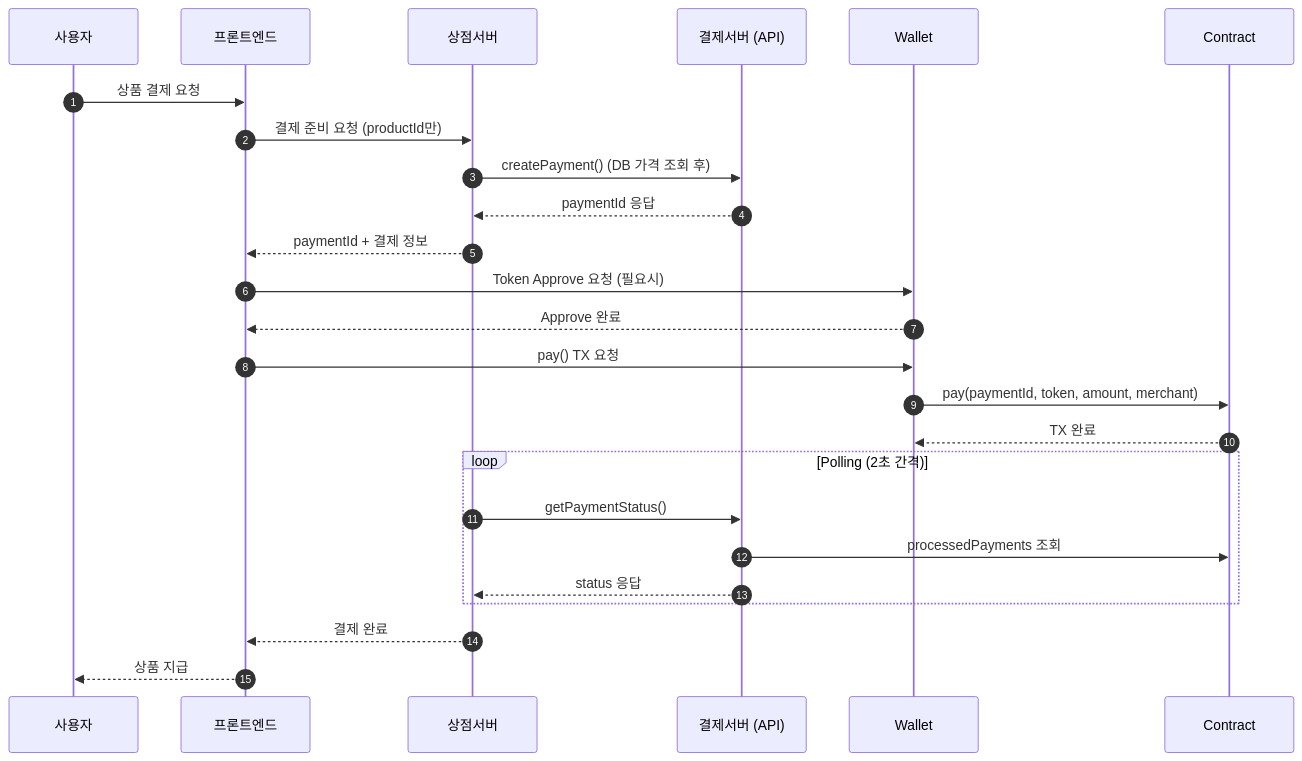
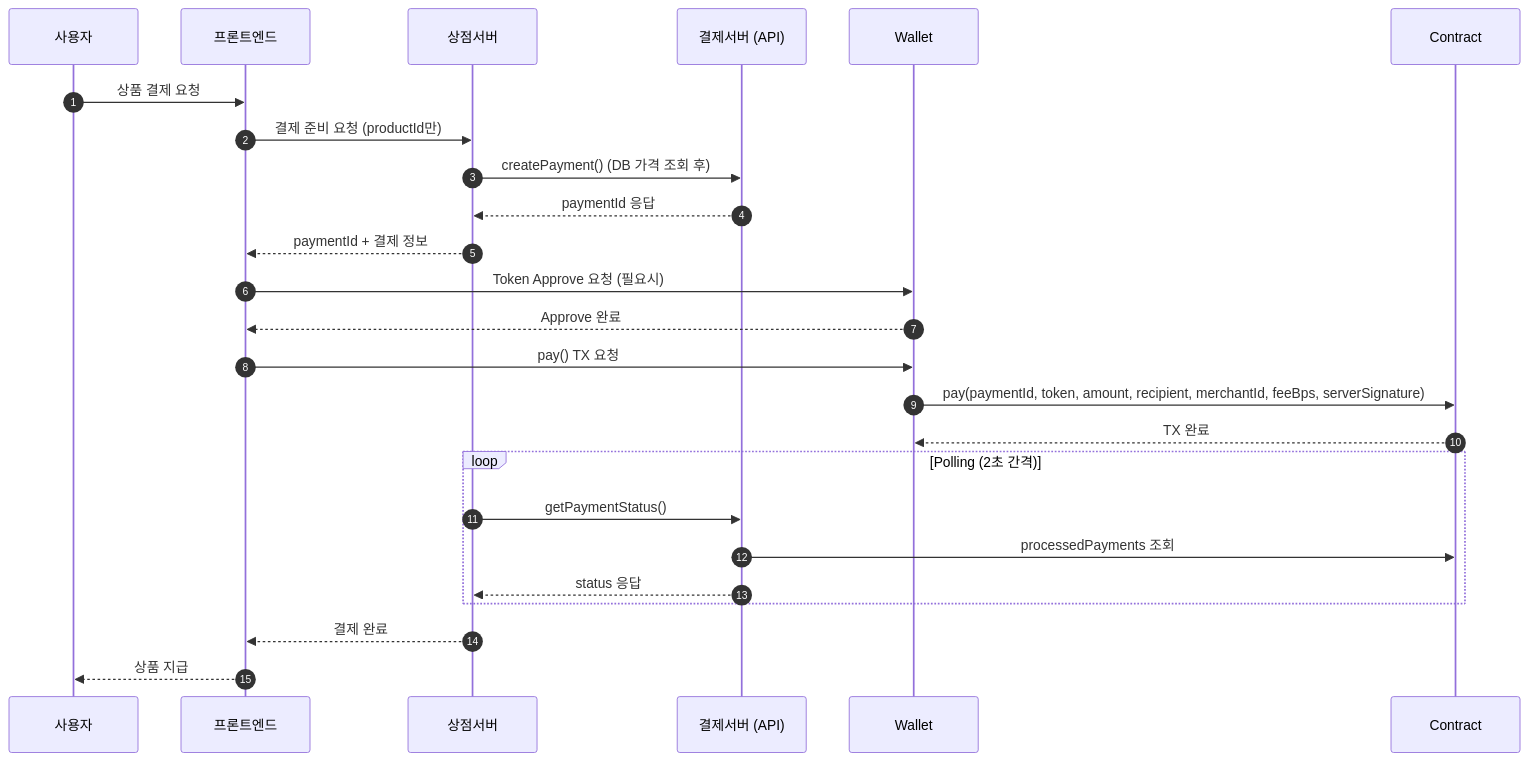
Before and after one commit to globalmsq/solo-pay: the second of 5 diagrams in docs/reference/architecture.ko.md, drawn with Mermaid. The commit also changed other lines of this file and 69 other files, not shown here.

````diff
--- a/docs/reference/architecture.ko.md
+++ b/docs/reference/architecture.ko.md
@@ -54,32 +54,32 @@
 ```mermaid
 sequenceDiagram
     autonumber
     participant U as 사용자
     participant F as 프론트엔드
     participant S as 상점서버
     participant A as 결제서버 (API)
     participant W as Wallet
     participant C as Contract
 
     U->>F: 상품 결제 요청
     F->>S: 결제 준비 요청 (productId만)
     S->>A: createPayment() (DB 가격 조회 후)
     A-->>S: paymentId 응답
     S-->>F: paymentId + 결제 정보
 
     F->>W: Token Approve 요청 (필요시)
     W-->>F: Approve 완료
 
     F->>W: pay() TX 요청
-    W->>C: pay(paymentId, token, amount, merchant)
+    W->>C: pay(paymentId, token, amount, recipient, merchantId, feeBps, serverSignature)
     C-->>W: TX 완료
 
     loop Polling (2초 간격)
         S->>A: getPaymentStatus()
         A->>C: processedPayments 조회
         A-->>S: status 응답
     end
 
     S-->>F: 결제 완료
     F-->>U: 상품 지급
 ```
````
